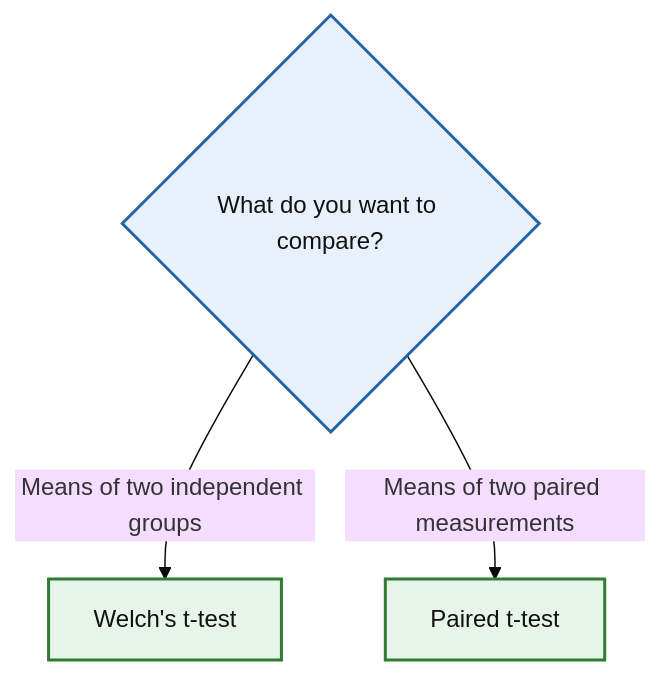
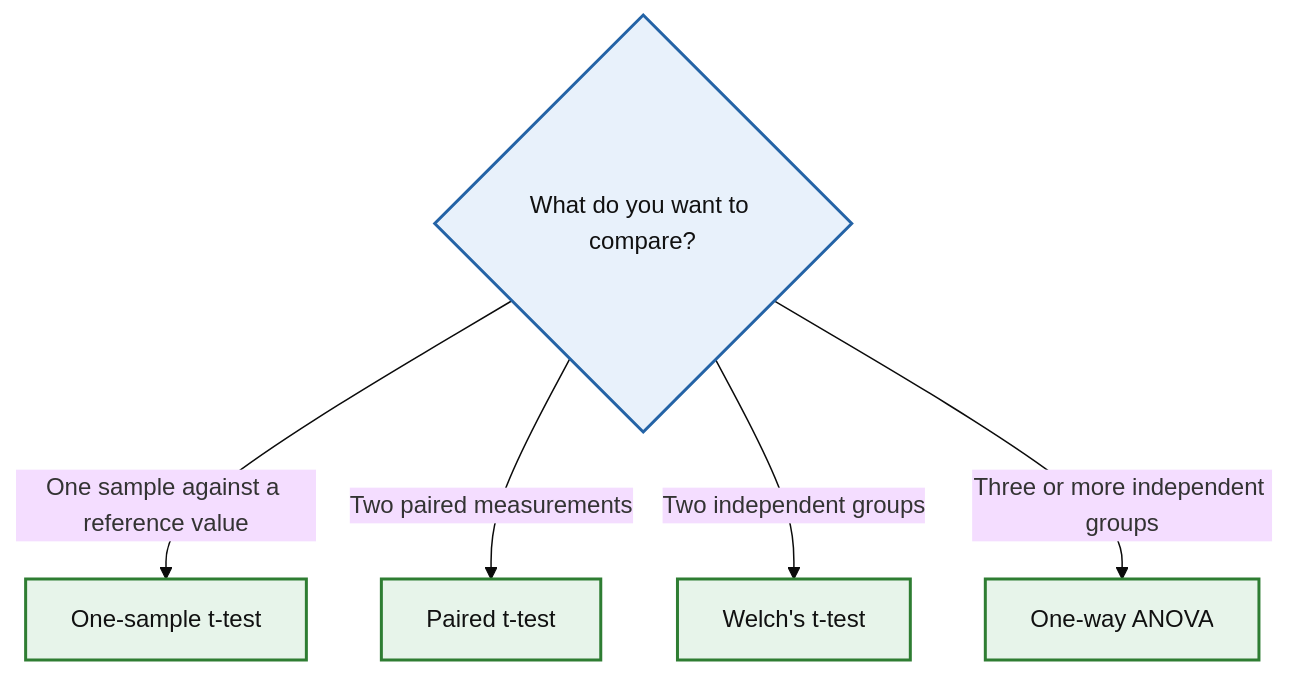
One commit to ironhack-edu/StatNavigator changed the diagram in docs/index.md. Above: the diagram before and after it, drawn with Mermaid (base theme). The commit also changed other lines of this file and 2 other files, not shown here.

Commit message:
Added one-sample-t-test, and one-way-anova test

````diff
--- a/docs/index.md
+++ b/docs/index.md
@@ -5,16 +5,21 @@
 ```mermaid
 flowchart TD
+
     START{"What do you want to compare?"}
 
-    START -->|"Means of two independent groups"| WELCH["Welch's t-test"]
-    START -->|"Means of two paired measurements"| PAIRED["Paired t-test"]
+    START -->|"One sample against a reference value"| ONE["One-sample t-test"]
+    START -->|"Two paired measurements"| PAIRED["Paired t-test"]
+    START -->|"Two independent groups"| WELCH["Welch's t-test"]
+    START -->|"Three or more independent groups"| ANOVA["One-way ANOVA"]
 
+    click ONE "tests/one-sample-t-test/" "Open the One-sample t-test card"
+    click PAIRED "tests/paired-t-test/" "Open the Paired t-test card"
     click WELCH "tests/welch-t-test/" "Open the Welch's t-test card"
-    click PAIRED "tests/paired-t-test/" "Open the paired t-test card"
+    click ANOVA "tests/one-way-anova/" "Open the One-way ANOVA card"
 
     classDef question fill:#e8f1fb,stroke:#2463a6,stroke-width:2px,color:#111;
     classDef continuous fill:#e7f4ea,stroke:#2e7d32,stroke-width:2px,color:#111;
 
     class START question;
-    class WELCH,PAIRED continuous;
+    class ONE,PAIRED,WELCH,ANOVA continuous;
 ```
````
